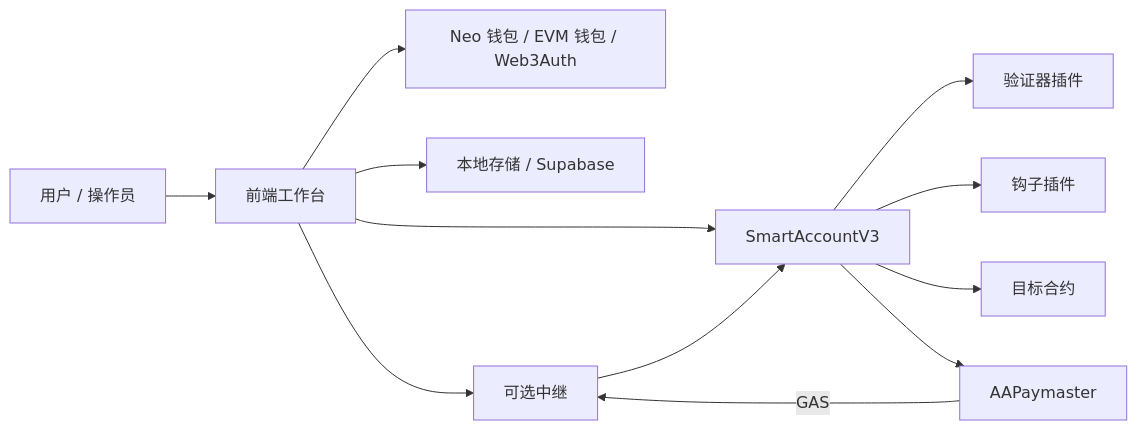
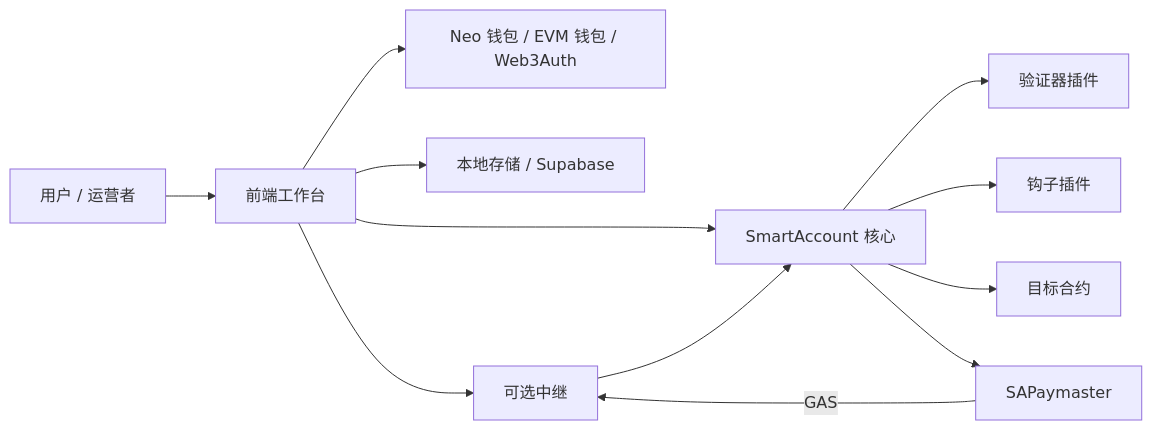
Before and after one commit to r3e-network/neo-os-aa: the first of 3 diagrams in docs/architecture.zh-CN.md, drawn with Mermaid. The commit also changed other lines of this file and 822 other files, not shown here.

````diff
--- a/docs/architecture.zh-CN.md
+++ b/docs/architecture.zh-CN.md
@@ -14,25 +9,25 @@
 ```mermaid
 flowchart LR
-  User[用户 / 操作员]
+  User[用户 / 运营者]
   Frontend[前端工作台]
   Wallets[Neo 钱包 / EVM 钱包 / Web3Auth]
   Drafts[本地存储 / Supabase]
   Relay[可选中继]
-  Core[SmartAccountV3]
+  Core[SmartAccount 核心]
   Verifier[验证器插件]
   Hook[钩子插件]
-  Paymaster[AAPaymaster]
+  Paymaster[SAPaymaster]
   Target[目标合约]
 
   User --> Frontend
   Frontend --> Wallets
   Frontend --> Drafts
   Frontend --> Relay
   Frontend --> Core
   Relay --> Core
   Core --> Verifier
   Core --> Hook
   Core --> Target
   Core --> Paymaster
   Paymaster -->|GAS| Relay
 ```
````
